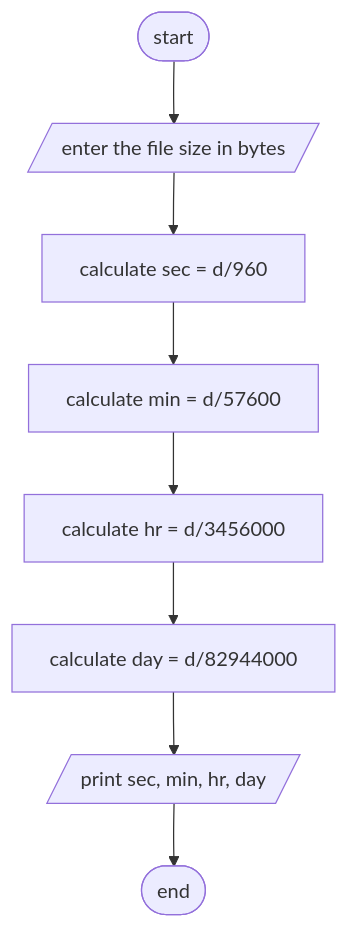
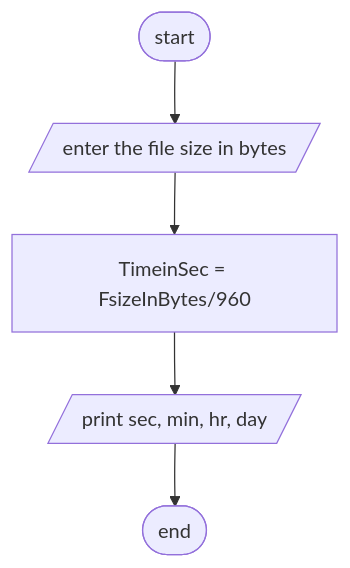
Before and after one commit to SWEG-2015EC-Batch/Codify: the diagram in ETS1118_15_Philipos_Hailu/2nd year/Exercise 1/Q6 File transmission problem/Analysis.md, drawn with Mermaid.

````diff
--- a/ETS1118_15_Philipos_Hailu/2nd year/Exercise 1/Q6 File transmission problem/Analysis.md
+++ b/ETS1118_15_Philipos_Hailu/2nd year/Exercise 1/Q6 File transmission problem/Analysis.md
@@ -23,11 +23,8 @@
 ```mermaid
 flowchart TD;
 A([start]) --> B[/enter the file size in bytes /];
 
-B --> C["calculate sec = d/960"];
-C --> D["calculate min = d/57600"];
-D --> E["calculate  hr = d/3456000"];
-E --> F["calculate day = d/82944000"];
-F --> G[/print sec, min, hr, day/];
-G --> H([end]);
+B --> C["TimeinSec = FsizeInBytes/960"];
+C --> D[/print sec, min, hr, day/];
+D --> E([end]);
 ```
````
